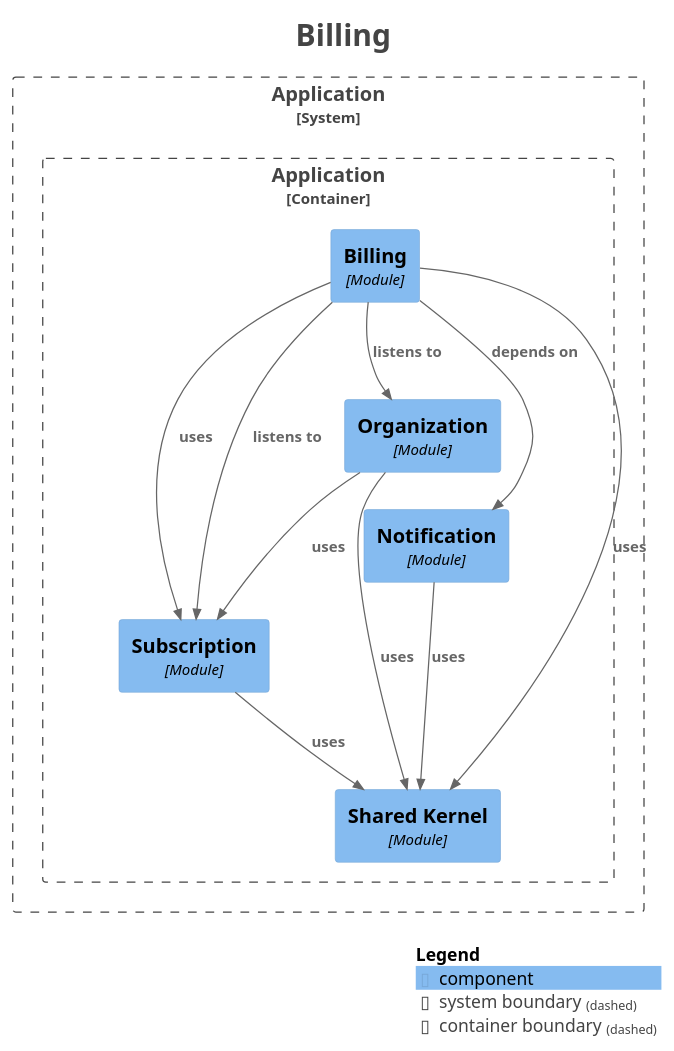
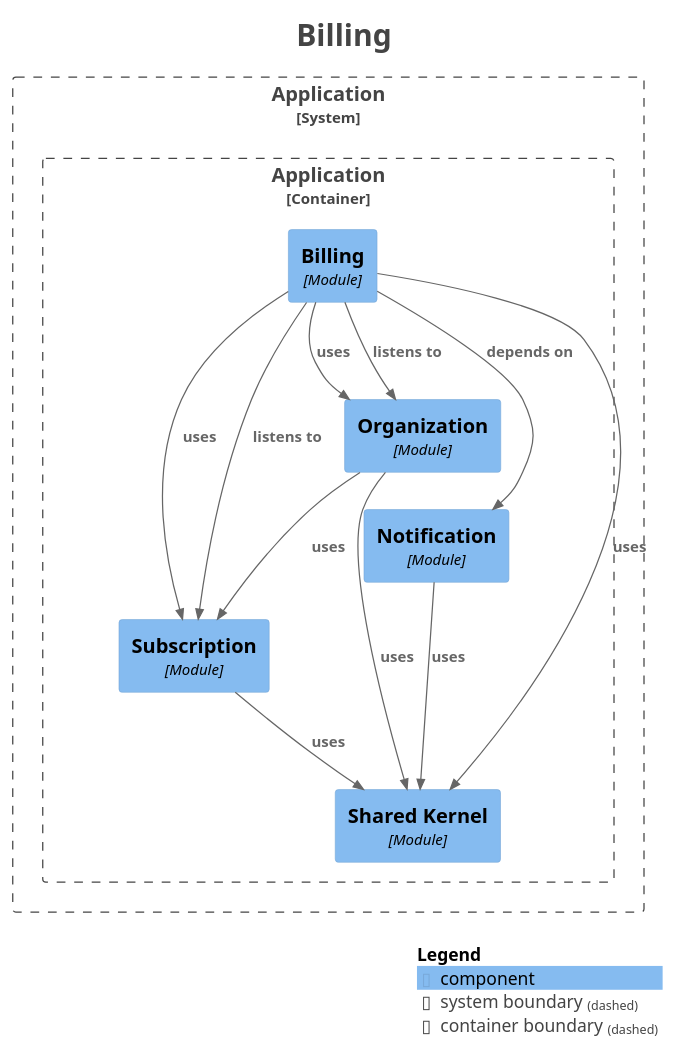
The diagram in docs/modulith/module-billing.puml (Paul-Ayesiga/enterprise-modulith-template), drawn with PlantUML before and after one commit. The commit also changed 76 other files, not shown here.

```diff
--- a/docs/modulith/module-billing.puml
+++ b/docs/modulith/module-billing.puml
@@ -1,41 +1,42 @@
 @startuml
 title <size:24>Billing</size>
 
 set separator none
 top to bottom direction
 
 <style>
   root {
     BackgroundColor: #ffffff
     FontColor: #444444
   }
 </style>
 
 !include <C4/C4>
 !include <C4/C4_Context>
 !include <C4/C4_Component>
 
 System_Boundary("Application_boundary", "Application", $tags="") {
   Container_Boundary("Application.Application_boundary", "Application", $tags="") {
     Component(Application.Application.Subscription, "Subscription", $techn="Module", $descr="", $tags="", $link="")
     Component(Application.Application.Notification, "Notification", $techn="Module", $descr="", $tags="", $link="")
     Component(Application.Application.Organization, "Organization", $techn="Module", $descr="", $tags="", $link="")
     Component(Application.Application.Billing, "Billing", $techn="Module", $descr="", $tags="", $link="")
     Component(Application.Application.SharedKernel, "Shared Kernel", $techn="Module", $descr="", $tags="", $link="")
   }
 
 }
 
-Rel(Application.Application.Organization, Application.Application.SharedKernel, "uses", $techn="", $tags="", $link="")
-Rel(Application.Application.Organization, Application.Application.Subscription, "uses", $techn="", $tags="", $link="")
-Rel(Application.Application.Notification, Application.Application.SharedKernel, "uses", $techn="", $tags="", $link="")
-Rel(Application.Application.Subscription, Application.Application.SharedKernel, "uses", $techn="", $tags="", $link="")
 Rel(Application.Application.Billing, Application.Application.Subscription, "listens to", $techn="", $tags="", $link="")
 Rel(Application.Application.Billing, Application.Application.Organization, "listens to", $techn="", $tags="", $link="")
 Rel(Application.Application.Billing, Application.Application.Notification, "depends on", $techn="", $tags="", $link="")
 Rel(Application.Application.Billing, Application.Application.Subscription, "uses", $techn="", $tags="", $link="")
 Rel(Application.Application.Billing, Application.Application.SharedKernel, "uses", $techn="", $tags="", $link="")
+Rel(Application.Application.Billing, Application.Application.Organization, "uses", $techn="", $tags="", $link="")
+Rel(Application.Application.Notification, Application.Application.SharedKernel, "uses", $techn="", $tags="", $link="")
+Rel(Application.Application.Organization, Application.Application.SharedKernel, "uses", $techn="", $tags="", $link="")
+Rel(Application.Application.Organization, Application.Application.Subscription, "uses", $techn="", $tags="", $link="")
+Rel(Application.Application.Subscription, Application.Application.SharedKernel, "uses", $techn="", $tags="", $link="")
 
 SHOW_LEGEND(true)
 hide stereotypes
 @enduml
```
